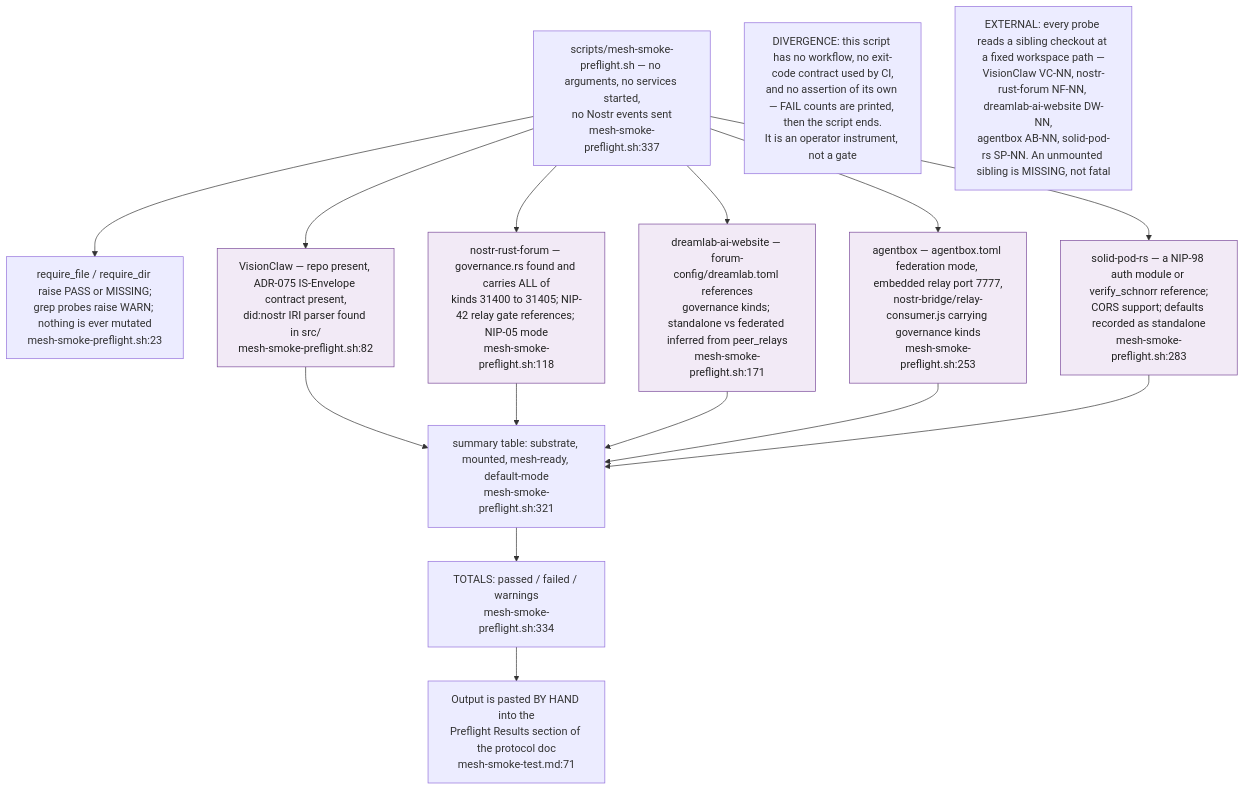
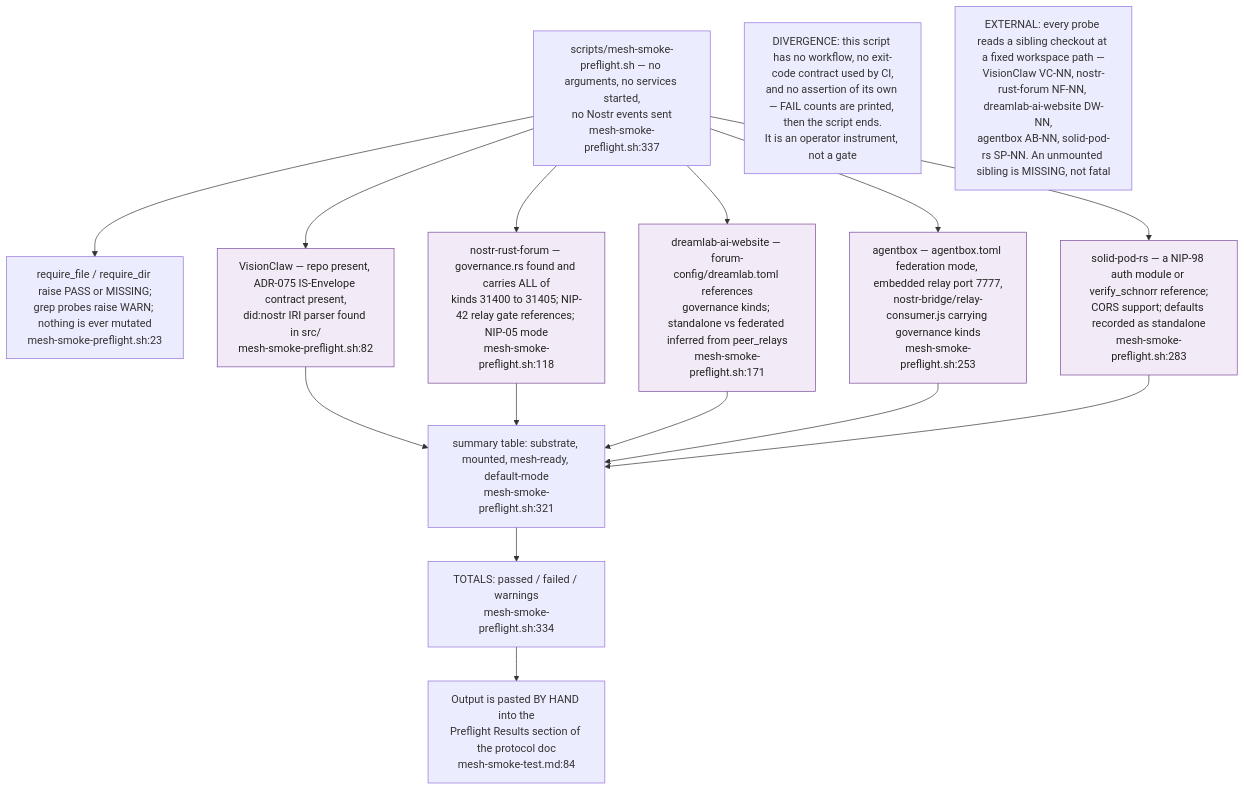
Before and after one commit to DreamLab-AI/VisionFlow: diagram 12 of 13 in docs/diagrams/visionflow/05-governance-gates.md, drawn with Mermaid. The commit also changed other lines of this file and 7 other files, not shown here.

````diff
--- a/docs/diagrams/visionflow/05-governance-gates.md
+++ b/docs/diagrams/visionflow/05-governance-gates.md
@@ -470,26 +477,26 @@
 ```mermaid
 flowchart TB
     classDef ext fill:#f2eaf6,stroke:#7a4a9a,color:#222
 
     RUN["scripts/mesh-smoke-preflight.sh — no arguments, no services started,<br/>no Nostr events sent<br/>mesh-smoke-preflight.sh:337"]
 
     RUN --> H["require_file / require_dir raise PASS or MISSING;<br/>grep probes raise WARN; nothing is ever mutated<br/>mesh-smoke-preflight.sh:23"]
 
     RUN --> P1["VisionClaw — repo present, ADR-075 IS-Envelope contract present,<br/>did:nostr IRI parser found in src/<br/>mesh-smoke-preflight.sh:82"]:::ext
     RUN --> P2["nostr-rust-forum — governance.rs found and carries ALL of<br/>kinds 31400 to 31405; NIP-42 relay gate references; NIP-05 mode<br/>mesh-smoke-preflight.sh:118"]:::ext
     RUN --> P3["dreamlab-ai-website — forum-config/dreamlab.toml references<br/>governance kinds; standalone vs federated inferred from peer_relays<br/>mesh-smoke-preflight.sh:171"]:::ext
     RUN --> P4["agentbox — agentbox.toml federation mode, embedded relay port 7777,<br/>nostr-bridge/relay-consumer.js carrying governance kinds<br/>mesh-smoke-preflight.sh:253"]:::ext
     RUN --> P5["solid-pod-rs — a NIP-98 auth module or verify_schnorr reference;<br/>CORS support; defaults recorded as standalone<br/>mesh-smoke-preflight.sh:283"]:::ext
 
     P1 --> TAB["summary table: substrate, mounted, mesh-ready, default-mode<br/>mesh-smoke-preflight.sh:321"]
     P2 --> TAB
     P3 --> TAB
     P4 --> TAB
     P5 --> TAB
     TAB --> TOT["TOTALS: passed / failed / warnings<br/>mesh-smoke-preflight.sh:334"]
 
-    TOT --> HAND["Output is pasted BY HAND into the<br/>Preflight Results section of the protocol doc<br/>mesh-smoke-test.md:71"]
+    TOT --> HAND["Output is pasted BY HAND into the<br/>Preflight Results section of the protocol doc<br/>mesh-smoke-test.md:84"]
 
     N1["DIVERGENCE: this script has no workflow, no exit-code contract used by CI,<br/>and no assertion of its own — FAIL counts are printed, then the script ends.<br/>It is an operator instrument, not a gate"]
     N2["EXTERNAL: every probe reads a sibling checkout at a fixed workspace path —<br/>VisionClaw VC-NN, nostr-rust-forum NF-NN, dreamlab-ai-website DW-NN,<br/>agentbox AB-NN, solid-pod-rs SP-NN. An unmounted sibling is MISSING, not fatal"]
 ```
````
